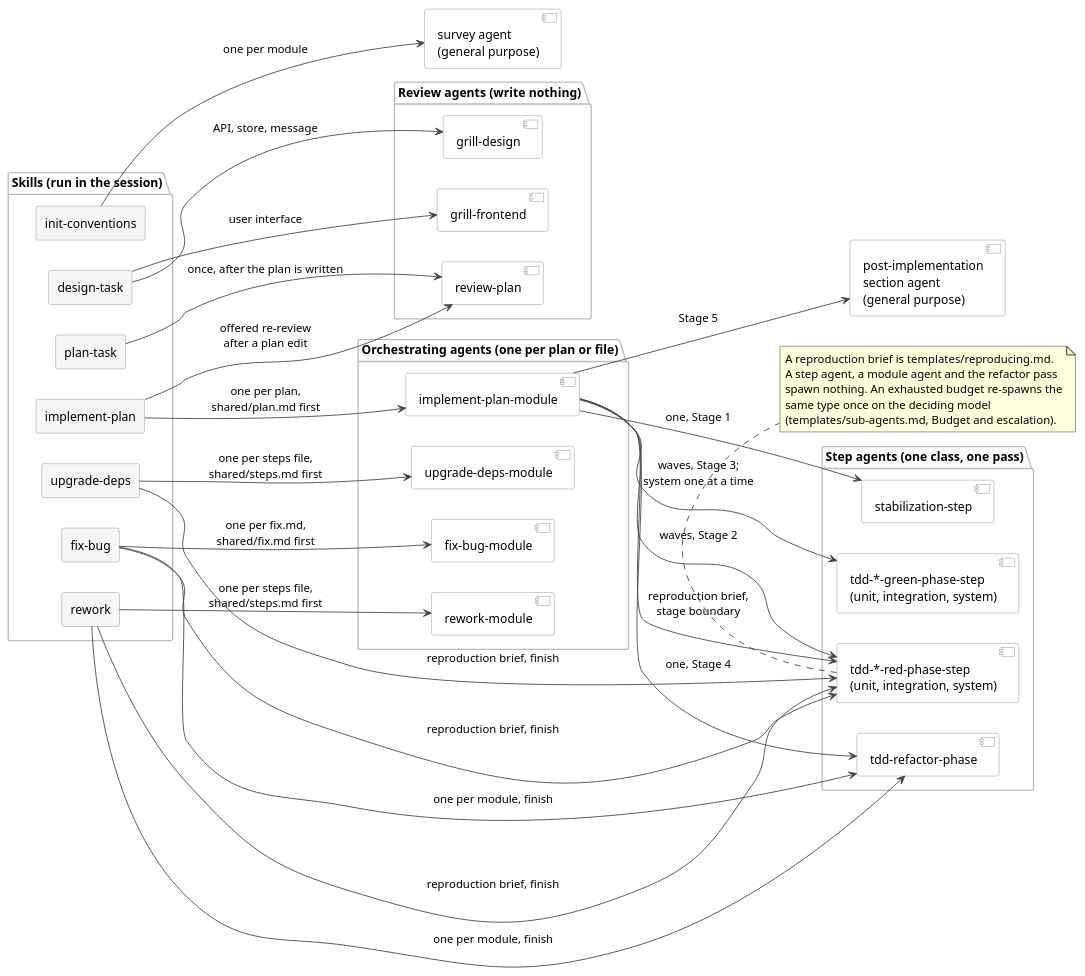
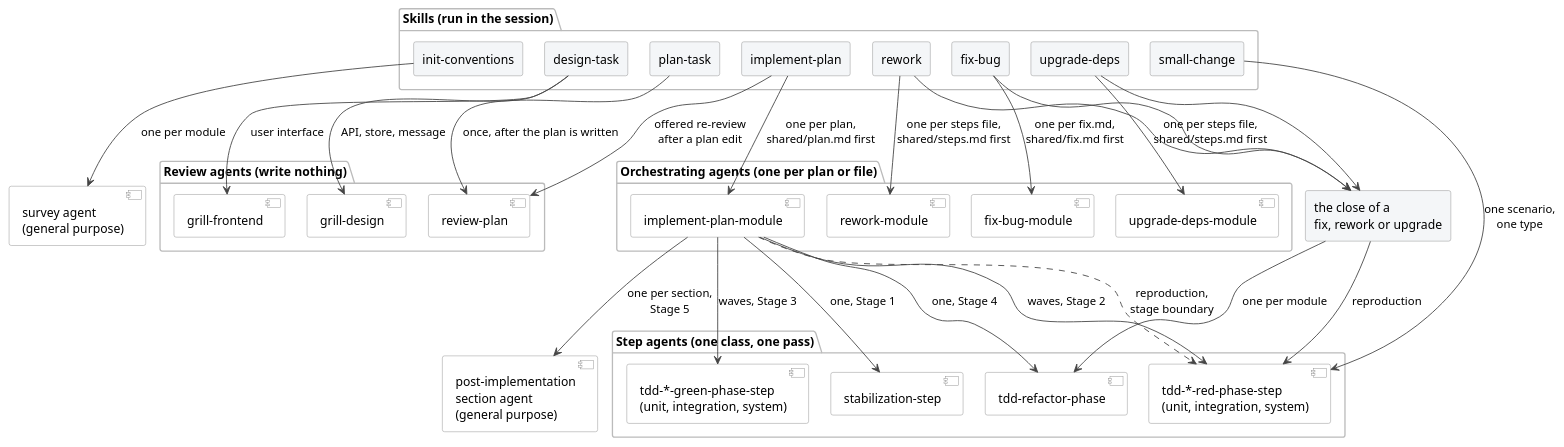
The diagram in docs/diagrams/agents.puml (ds-usova/tdd-sdlc), drawn with PlantUML before and after one commit. The commit also changed 10 other files, not shown here.

Commit message:
A new flow: small change

```diff
--- a/docs/diagrams/agents.puml
+++ b/docs/diagrams/agents.puml
@@ -1,80 +1,83 @@
 @startuml agents
 skinparam defaultFontName Helvetica
 skinparam shadowing false
 skinparam ArrowColor #444
+skinparam nodesep 25
+skinparam ranksep 90
 skinparam rectangle {
   BackgroundColor #F4F6F8
   BorderColor #888
 }
 skinparam component {
   BackgroundColor #FFFFFF
   BorderColor #888
 }
 skinparam package {
   BackgroundColor #FFFFFF
   BorderColor #BBB
 }
-left to right direction
+top to bottom direction
 
 package "Skills (run in the session)" {
   rectangle "init-conventions" as IC
   rectangle "design-task" as DT
   rectangle "plan-task" as PT
   rectangle "implement-plan" as IP
   rectangle "fix-bug" as FB
   rectangle "rework" as RW
   rectangle "upgrade-deps" as UD
+  rectangle "small-change" as SC
 }
+
+component "survey agent\n(general purpose)" as SV
 
 package "Review agents (write nothing)" {
   component "grill-design" as GD
   component "grill-frontend" as GF
   component "review-plan" as RP
 }
 
 package "Orchestrating agents (one per plan or file)" {
   component "implement-plan-module" as IPM
   component "fix-bug-module" as FBM
   component "rework-module" as RWM
   component "upgrade-deps-module" as UDM
 }
 
+rectangle "the close of a\nfix, rework or upgrade" as CLOSE
+
 package "Step agents (one class, one pass)" {
   component "stabilization-step" as ST
   component "tdd-*-red-phase-step\n(unit, integration, system)" as RED
   component "tdd-*-green-phase-step\n(unit, integration, system)" as GREEN
   component "tdd-refactor-phase" as RF
 }
 
-component "survey agent\n(general purpose)" as SV
 component "post-implementation\nsection agent\n(general purpose)" as PI
 
 IC --> SV : one per module
+DT --> GF : user interface
 DT --> GD : API, store, message
-DT --> GF : user interface
 PT --> RP : once, after the plan is written
 IP --> RP : offered re-review\nafter a plan edit
+
 IP --> IPM : one per plan,\nshared/plan.md first
+FB --> FBM : one per fix.md,\nshared/fix.md first
+RW --> RWM : one per steps file,\nshared/steps.md first
+UD --> UDM : one per steps file,\nshared/steps.md first
+
 IPM --> ST : one, Stage 1
 IPM --> RED : waves, Stage 2
-IPM --> GREEN : waves, Stage 3;\nsystem one at a time
+IPM --> GREEN : waves, Stage 3
 IPM --> RF : one, Stage 4
-IPM --> PI : Stage 5
-IPM --> RED : reproduction brief,\nstage boundary
-FB --> FBM : one per fix.md,\nshared/fix.md first
-FB --> RF : one per module, finish
-FB --> RED : reproduction brief, finish
-RW --> RWM : one per steps file,\nshared/steps.md first
-RW --> RF : one per module, finish
-RW --> RED : reproduction brief, finish
-UD --> UDM : one per steps file,\nshared/steps.md first
-UD --> RED : reproduction brief, finish
+IPM --> PI : one per section,\nStage 5
+IPM ..> RED : reproduction,\nstage boundary
 
-note bottom of RED
-  A reproduction brief is templates/reproducing.md.
-  A step agent, a module agent and the refactor pass
-  spawn nothing. An exhausted budget re-spawns the
-  same type once on the deciding model
-  (templates/sub-agents.md, Budget and escalation).
-end note
+FB --> CLOSE
+RW --> CLOSE
+UD --> CLOSE
+CLOSE --> RF : one per module
+CLOSE --> RED : reproduction
+
+SC --> RED : one scenario,\none type
 @enduml
```
